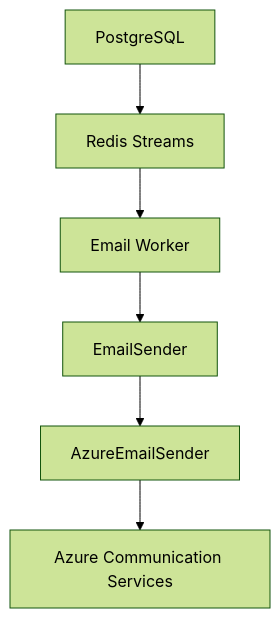
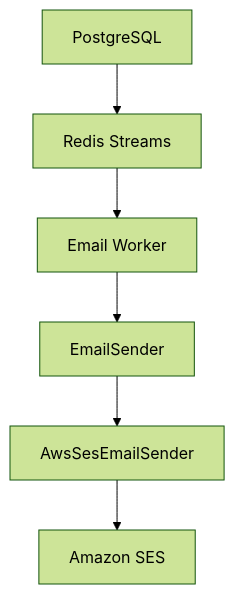
Before and after one commit to 1ChristianAlex/motordesk: the second of 3 diagrams in .github/copilot-instructions.md, drawn with Mermaid (forest theme). The commit also changed other lines of this file and 62 other files, not shown here.

````diff
--- a/.github/copilot-instructions.md
+++ b/.github/copilot-instructions.md
@@ -77,4 +77,4 @@
 ```mermaid
 flowchart TB
-    PostgreSQL --> RedisStreams[Redis Streams] --> EmailWorker[Email Worker] --> EmailSender --> AzureEmailSender --> ACS[Azure Communication Services]
+    PostgreSQL --> RedisStreams[Redis Streams] --> EmailWorker[Email Worker] --> EmailSender --> AwsSesEmailSender --> SES[Amazon SES]
 ```
````
